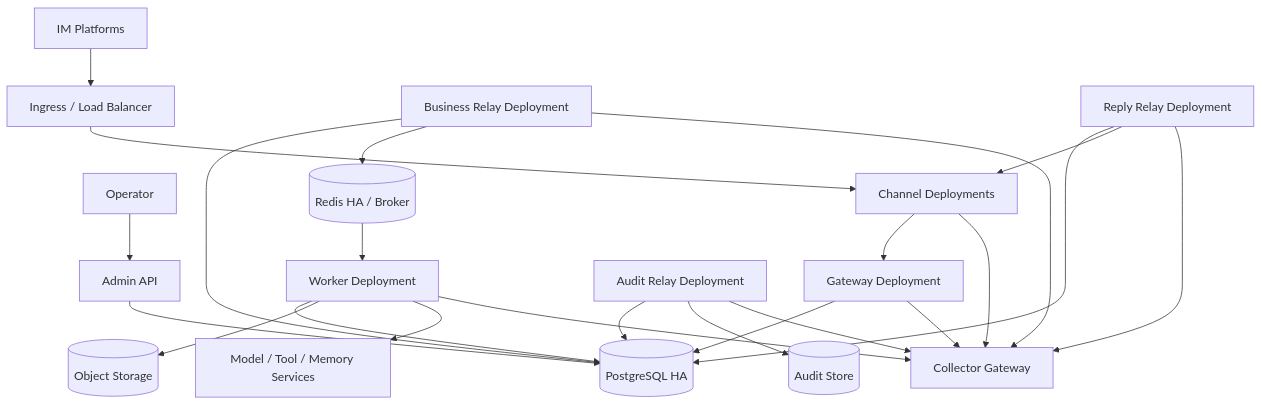
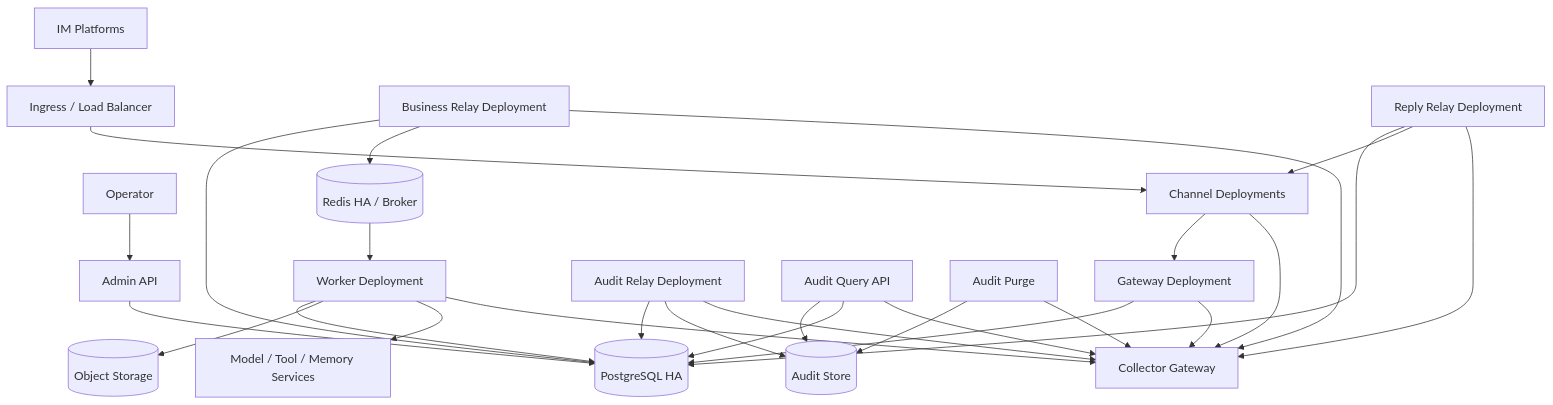
One commit to everfid-ever/trpc-agent-service changed the third of 4 diagrams in docs/design/5.observability-audit-devops-design.md. Above: the diagram before and after it, drawn with Mermaid. The commit also changed other lines of this file and 36 other files, not shown here.

Commit message:
feat: add audit query authorization and guarded retention purge

````diff
--- a/docs/design/5.observability-audit-devops-design.md
+++ b/docs/design/5.observability-audit-devops-design.md
@@ -217,25 +239,30 @@
 ```mermaid
 flowchart TB
     IM[IM Platforms] --> ING[Ingress / Load Balancer]
     ADM[Operator] --> API[Admin API]
     ING --> CH[Channel Deployments]
     CH --> GW[Gateway Deployment]
     GW --> PG[(PostgreSQL HA)]
     BR[Business Relay Deployment] --> PG
     BR --> RD[(Redis HA / Broker)]
     RD --> WK[Worker Deployment]
     WK --> PG
     WK --> OBJ[(Object Storage)]
     WK --> EXT[Model / Tool / Memory Services]
     RR[Reply Relay Deployment] --> PG
     RR --> CH
     AR[Audit Relay Deployment] --> PG
     AR --> AUD[(Audit Store)]
+    AQ[Audit Query API] --> AUD
+    AQ --> PG
+    AP[Audit Purge] --> AUD
     CH --> OT[Collector Gateway]
     GW --> OT
     BR --> OT
     WK --> OT
     RR --> OT
     AR --> OT
+    AQ --> OT
+    AP --> OT
     API --> PG
 ```
````
